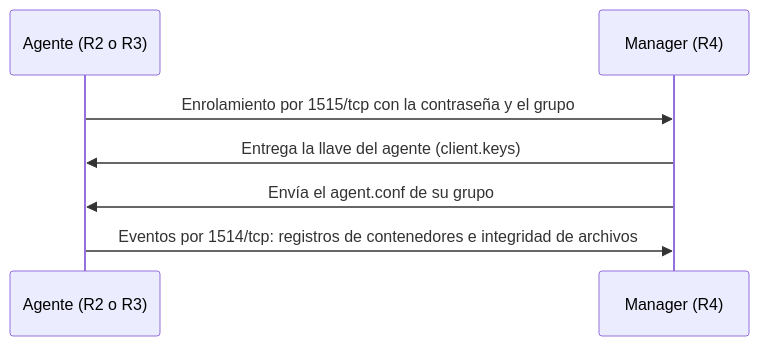
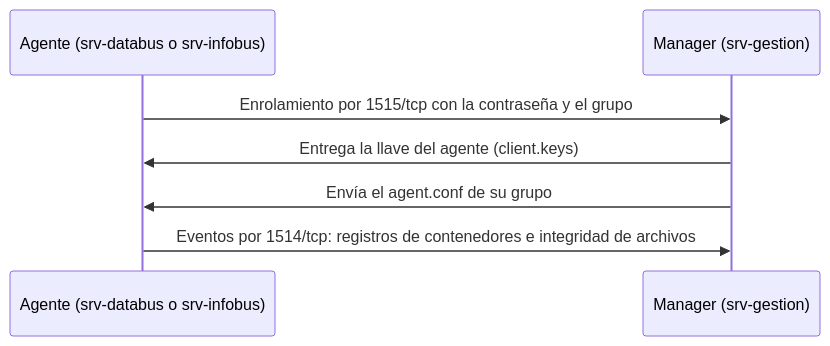
The second of 2 diagrams in README es.md (rsol9000-01/wazuh), drawn with Mermaid before and after one commit. The commit also changed other lines of this file and 19 other files, not shown here.

````diff
--- a/README es.md
+++ b/README es.md
@@ -246,9 +246,9 @@
 ```mermaid
 sequenceDiagram
-  participant A as Agente (R2 o R3)
-  participant M as Manager (R4)
+  participant A as Agente (srv-databus o srv-infobus)
+  participant M as Manager (srv-gestion)
   A->>M: Enrolamiento por 1515/tcp con la contraseña y el grupo
   M->>A: Entrega la llave del agente (client.keys)
   M->>A: Envía el agent.conf de su grupo
   A->>M: Eventos por 1514/tcp: registros de contenedores e integridad de archivos
 ```
````
